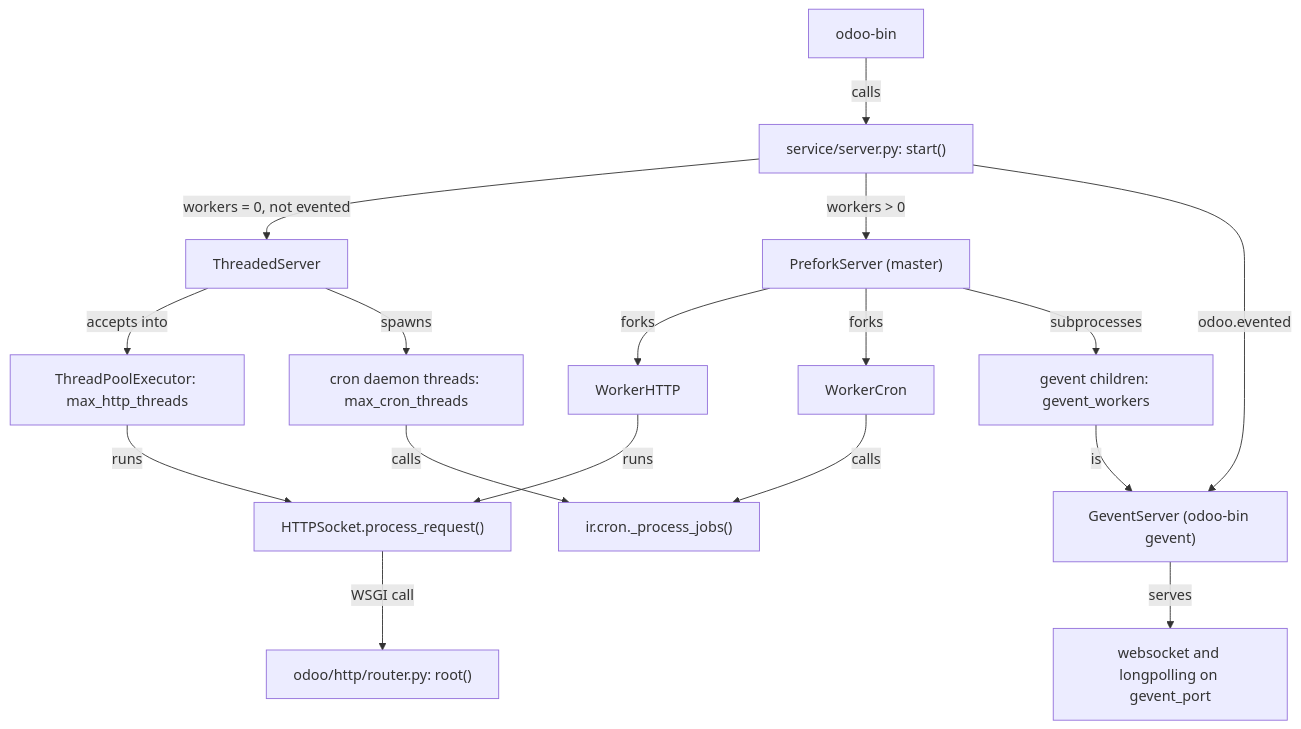
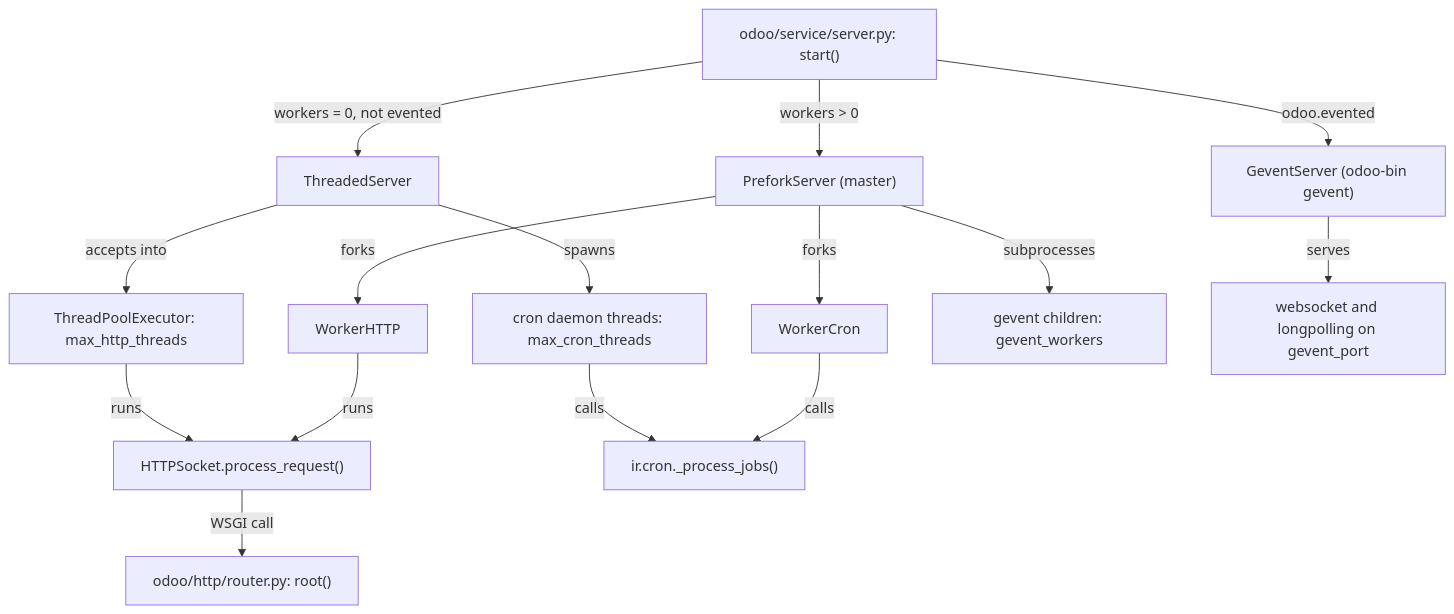
Before and after one commit to blitzy-public-samples/odoo: the second of 2 diagrams in droid-wiki/systems/server-runtime.md, drawn with Mermaid. The commit also changed other lines of this file and 78 other files, not shown here.

````diff
--- a/droid-wiki/systems/server-runtime.md
+++ b/droid-wiki/systems/server-runtime.md
@@ -57,19 +60,17 @@
 ```mermaid
 graph TD
-    OB["odoo-bin"] -->|calls| ST["service/server.py: start()"]
-    ST -->|"workers = 0, not evented"| TS["ThreadedServer"]
+    ST["odoo/service/server.py: start()"] -->|"workers = 0, not evented"| TS["ThreadedServer"]
     ST -->|"workers > 0"| PS["PreforkServer (master)"]
     ST -->|"odoo.evented"| GS["GeventServer (odoo-bin gevent)"]
     TS -->|accepts into| T1["ThreadPoolExecutor: max_http_threads"]
     TS -->|spawns| T2["cron daemon threads: max_cron_threads"]
     PS -->|forks| P1["WorkerHTTP"]
     PS -->|forks| P2["WorkerCron"]
     PS -->|subprocesses| P3["gevent children: gevent_workers"]
     T1 -->|runs| HS["HTTPSocket.process_request()"]
     P1 -->|runs| HS
-    P3 -->|is| GS
     GS -->|serves| WS["websocket and longpolling on gevent_port"]
     T2 -->|calls| CR["ir.cron._process_jobs()"]
     P2 -->|calls| CR
     HS -->|WSGI call| ROOT["odoo/http/router.py: root()"]
 ```
````
